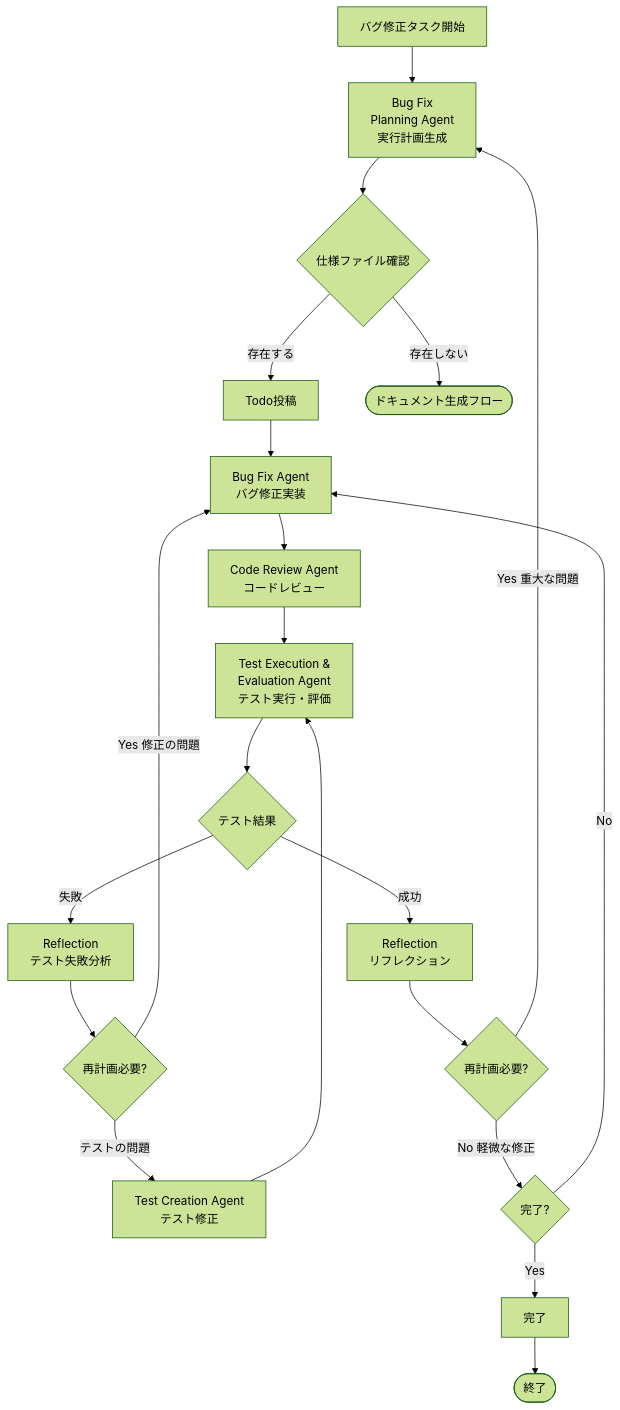
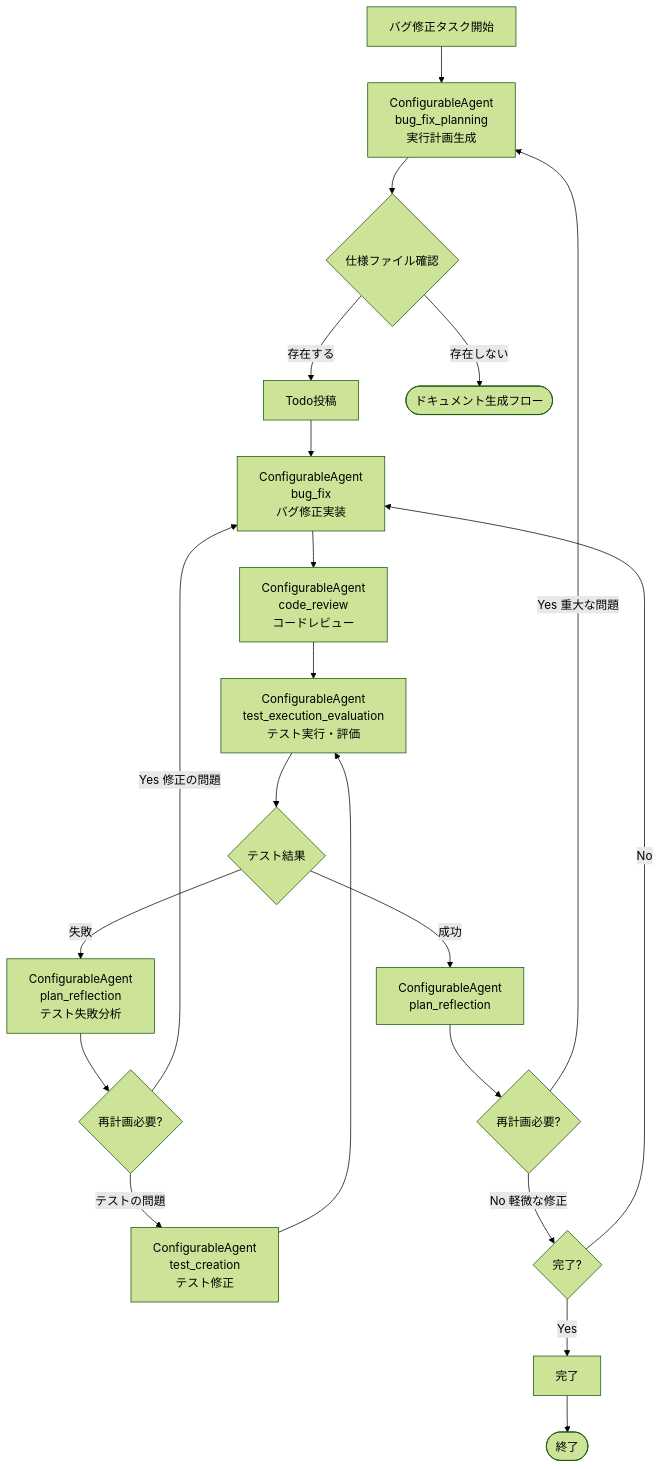
Before and after one commit to notfolder/CodeAgentOrchestrator: the ninth of 15 diagrams in docs/CODE_AGENT_ORCHESTRATOR_SPEC.md, drawn with Mermaid (forest theme). The commit also changed other lines of this file, not shown here.

Commit message:
CODE_AGENT_ORCHESTRATOR_SPEC.md: 設定ベースのエージェント設計に更新

````diff
--- a/docs/CODE_AGENT_ORCHESTRATOR_SPEC.md
+++ b/docs/CODE_AGENT_ORCHESTRATOR_SPEC.md
@@ -1716,30 +1770,30 @@
 ```mermaid
 flowchart TD
-    Start[バグ修正タスク開始] --> Planning[Bug Fix<br/>Planning Agent<br/>実行計画生成]
+    Start[バグ修正タスク開始] --> Planning[ConfigurableAgent<br/>bug_fix_planning<br/>実行計画生成]
     Planning --> SpecCheck{仕様ファイル確認}
     
     SpecCheck -->|存在する| Todo[Todo投稿]
     SpecCheck -->|存在しない| End1([ドキュメント生成フロー])
     
-    Todo --> BugFix[Bug Fix Agent<br/>バグ修正実装]
-    BugFix --> CodeReview[Code Review Agent<br/>コードレビュー]
+    Todo --> BugFix[ConfigurableAgent<br/>bug_fix<br/>バグ修正実装]
+    BugFix --> CodeReview[ConfigurableAgent<br/>code_review<br/>コードレビュー]
     
-    CodeReview --> TestExec[Test Execution &<br/>Evaluation Agent<br/>テスト実行・評価]
+    CodeReview --> TestExec[ConfigurableAgent<br/>test_execution_evaluation<br/>テスト実行・評価]
     
     TestExec --> TestResult{テスト結果}
-    TestResult -->|成功| Reflection[Reflection<br/>リフレクション]
-    TestResult -->|失敗| TestReflection[Reflection<br/>テスト失敗分析]
+    TestResult -->|成功| Reflection[ConfigurableAgent<br/>plan_reflection]
+    TestResult -->|失敗| TestReflection[ConfigurableAgent<br/>plan_reflection<br/>テスト失敗分析]
     
     TestReflection --> TestReplan{再計画必要?}
     TestReplan -->|Yes 修正の問題| BugFix
-    TestReplan -->|テストの問題| TestCreate[Test Creation Agent<br/>テスト修正]
+    TestReplan -->|テストの問題| TestCreate[ConfigurableAgent<br/>test_creation<br/>テスト修正]
     TestCreate --> TestExec
     
     Reflection --> ReplanCheck{再計画必要?}
     ReplanCheck -->|Yes 重大な問題| Planning
     ReplanCheck -->|No 軽微な修正| Complete{完了?}
     
     Complete -->|No| BugFix
     Complete -->|Yes| Finish[完了]
     Finish --> End2([終了])
 ```
````
